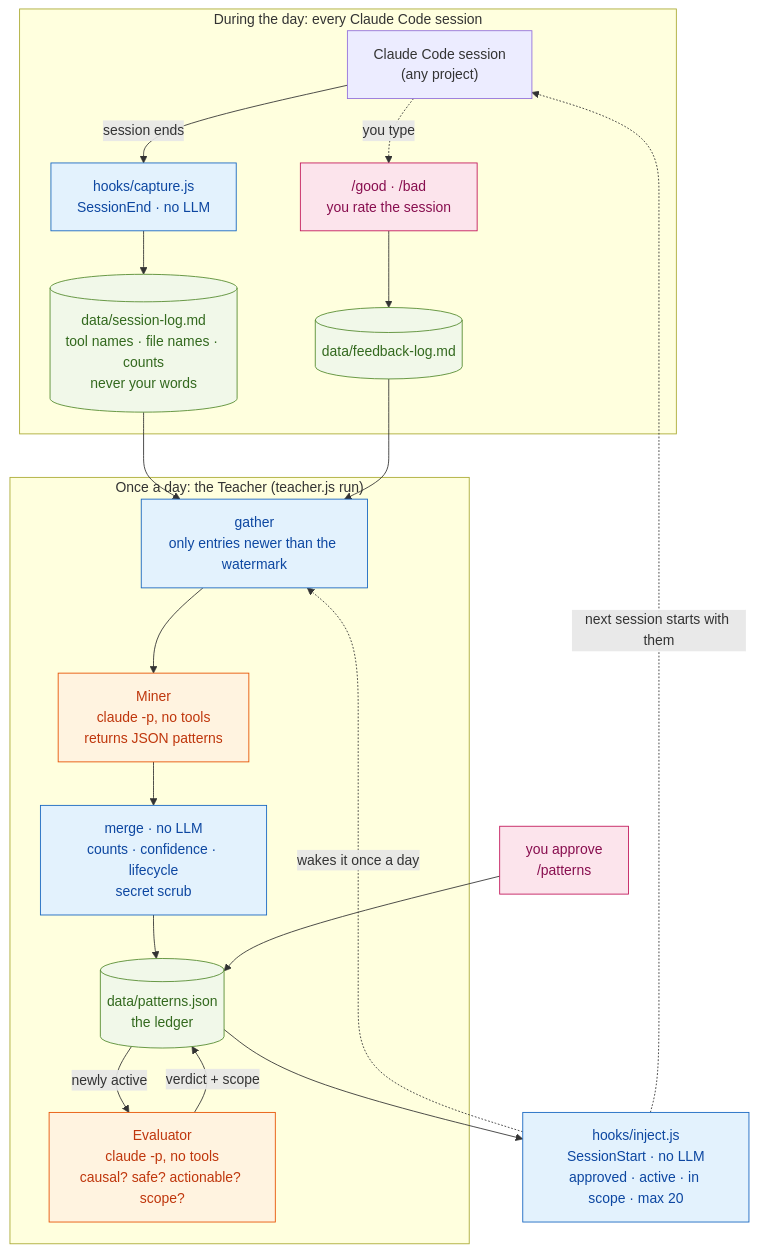
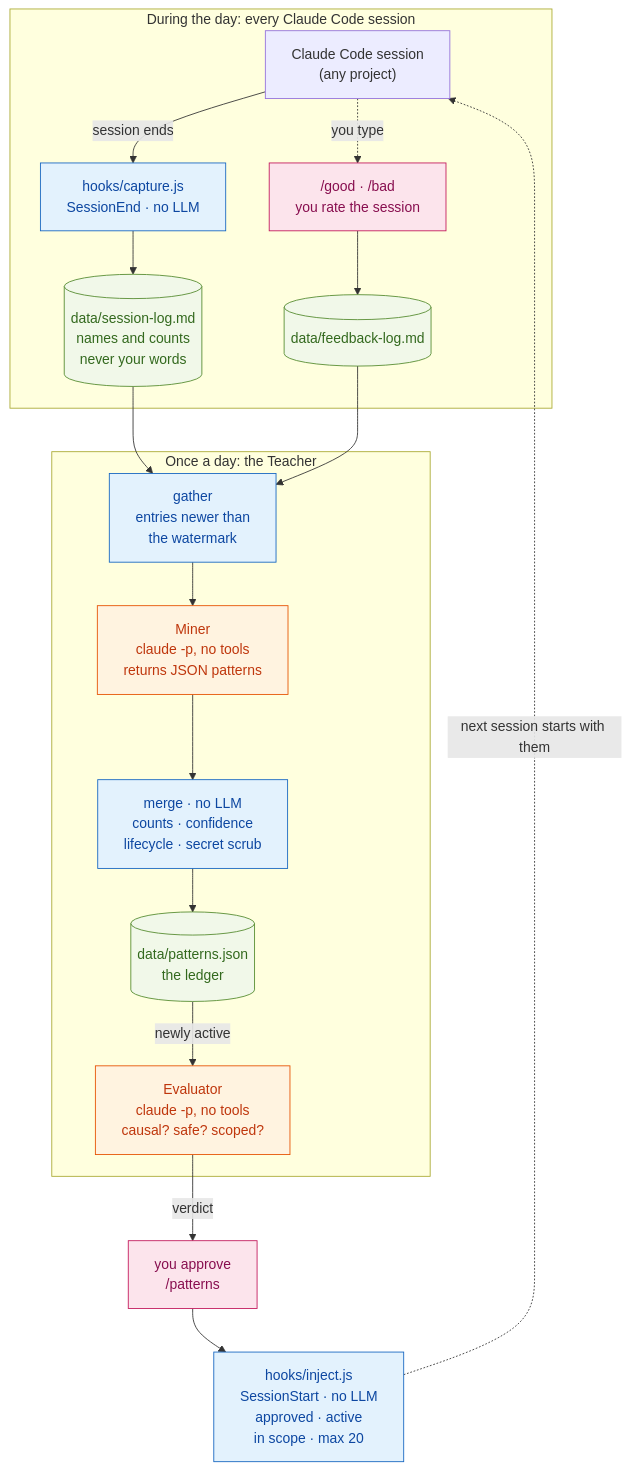
One commit to bhargavvc/claude-self-learning-loop changed the diagram in README.md. Above: the diagram before and after it, drawn with Mermaid.

Commit message:
README: draw the loop as one top-to-bottom chain
The approve node had no incoming edge, so the layout ranked it first and
drew the Teacher above the day's sessions. It now follows the real order:
session, capture, Teacher, Evaluator, you, inject, next session.

````diff
--- a/README.md
+++ b/README.md
@@ -13,39 +13,36 @@
 ```mermaid
 flowchart TD
     subgraph DAY["During the day: every Claude Code session"]
         S["Claude Code session<br/>(any project)"]
         CAP["hooks/capture.js<br/>SessionEnd · no LLM"]
-        SL[("data/session-log.md<br/>tool names · file names · counts<br/>never your words")]
+        SL[("data/session-log.md<br/>names and counts<br/>never your words")]
         RATE["/good · /bad<br/>you rate the session"]
         FL[("data/feedback-log.md")]
         S -->|session ends| CAP --> SL
         S -.->|you type| RATE --> FL
     end
 
-    subgraph DAILY["Once a day: the Teacher (teacher.js run)"]
-        G["gather<br/>only entries newer than the watermark"]
+    subgraph DAILY["Once a day: the Teacher"]
+        G["gather<br/>entries newer than<br/>the watermark"]
         MINE["Miner<br/>claude -p, no tools<br/>returns JSON patterns"]
-        MERGE["merge · no LLM<br/>counts · confidence · lifecycle<br/>secret scrub"]
+        MERGE["merge · no LLM<br/>counts · confidence<br/>lifecycle · secret scrub"]
         LED[("data/patterns.json<br/>the ledger")]
-        EVAL["Evaluator<br/>claude -p, no tools<br/>causal? safe? actionable? scope?"]
-        G --> MINE --> MERGE --> LED
-        LED -->|newly active| EVAL -->|verdict + scope| LED
+        EVAL["Evaluator<br/>claude -p, no tools<br/>causal? safe? scoped?"]
+        G --> MINE --> MERGE --> LED -->|newly active| EVAL
     end
 
     SL --> G
     FL --> G
-    YOU["you approve<br/>/patterns"] --> LED
-    INJ["hooks/inject.js<br/>SessionStart · no LLM<br/>approved · active · in scope · max 20"]
-    LED --> INJ
+    EVAL -->|verdict| YOU["you approve<br/>/patterns"]
+    YOU --> INJ["hooks/inject.js<br/>SessionStart · no LLM<br/>approved · active<br/>in scope · max 20"]
     INJ -.->|next session starts with them| S
-    INJ -.->|wakes it once a day| G
 
     classDef det fill:#e3f2fd,stroke:#1565c0,color:#0d47a1
     classDef llm fill:#fff3e0,stroke:#e65100,color:#bf360c
     classDef store fill:#f1f8e9,stroke:#558b2f,color:#33691e
     classDef user fill:#fce4ec,stroke:#c2185b,color:#880e4f
     class CAP,G,MERGE,INJ det
     class MINE,EVAL llm
     class SL,FL,LED store
     class RATE,YOU user
 ```
````
